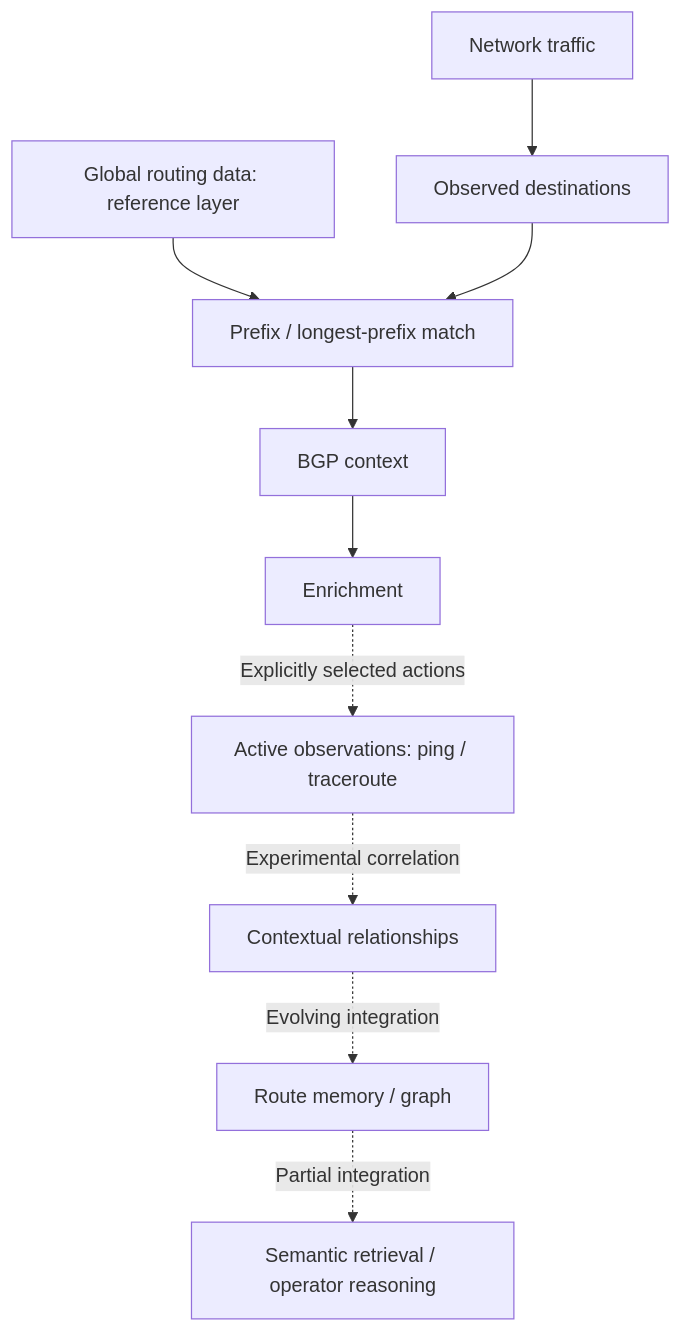
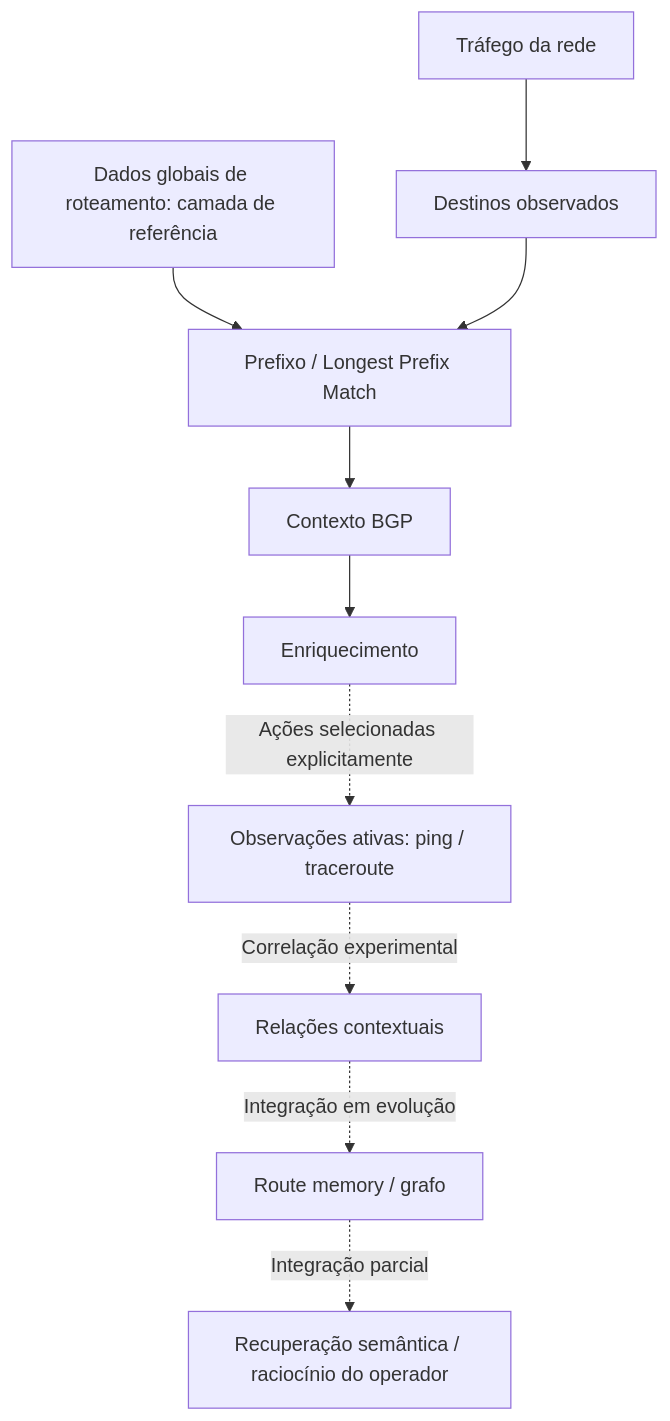
The diagram in README.md (escossio/routebrain), drawn with Mermaid before and after one commit. The commit also changed other lines of this file and 7 other files, not shown here.

````diff
--- a/README.md
+++ b/README.md
@@ -68,12 +72,12 @@
 ```mermaid
 flowchart TD
-    R[Global routing data: reference layer] --> L[Prefix / longest-prefix match]
-    T[Network traffic] --> O[Observed destinations]
+    R[Dados globais de roteamento: camada de referência] --> L[Prefixo / Longest Prefix Match]
+    T[Tráfego da rede] --> O[Destinos observados]
     O --> L
-    L --> B[BGP context]
-    B --> E[Enrichment]
-    E -. Explicitly selected actions .-> A[Active observations: ping / traceroute]
-    A -. Experimental correlation .-> C[Contextual relationships]
-    C -. Evolving integration .-> M[Route memory / graph]
-    M -. Partial integration .-> S[Semantic retrieval / operator reasoning]
+    L --> B[Contexto BGP]
+    B --> E[Enriquecimento]
+    E -. Ações selecionadas explicitamente .-> A[Observações ativas: ping / traceroute]
+    A -. Correlação experimental .-> C[Relações contextuais]
+    C -. Integração em evolução .-> M[Route memory / grafo]
+    M -. Integração parcial .-> S[Recuperação semântica / raciocínio do operador]
 ```
````
